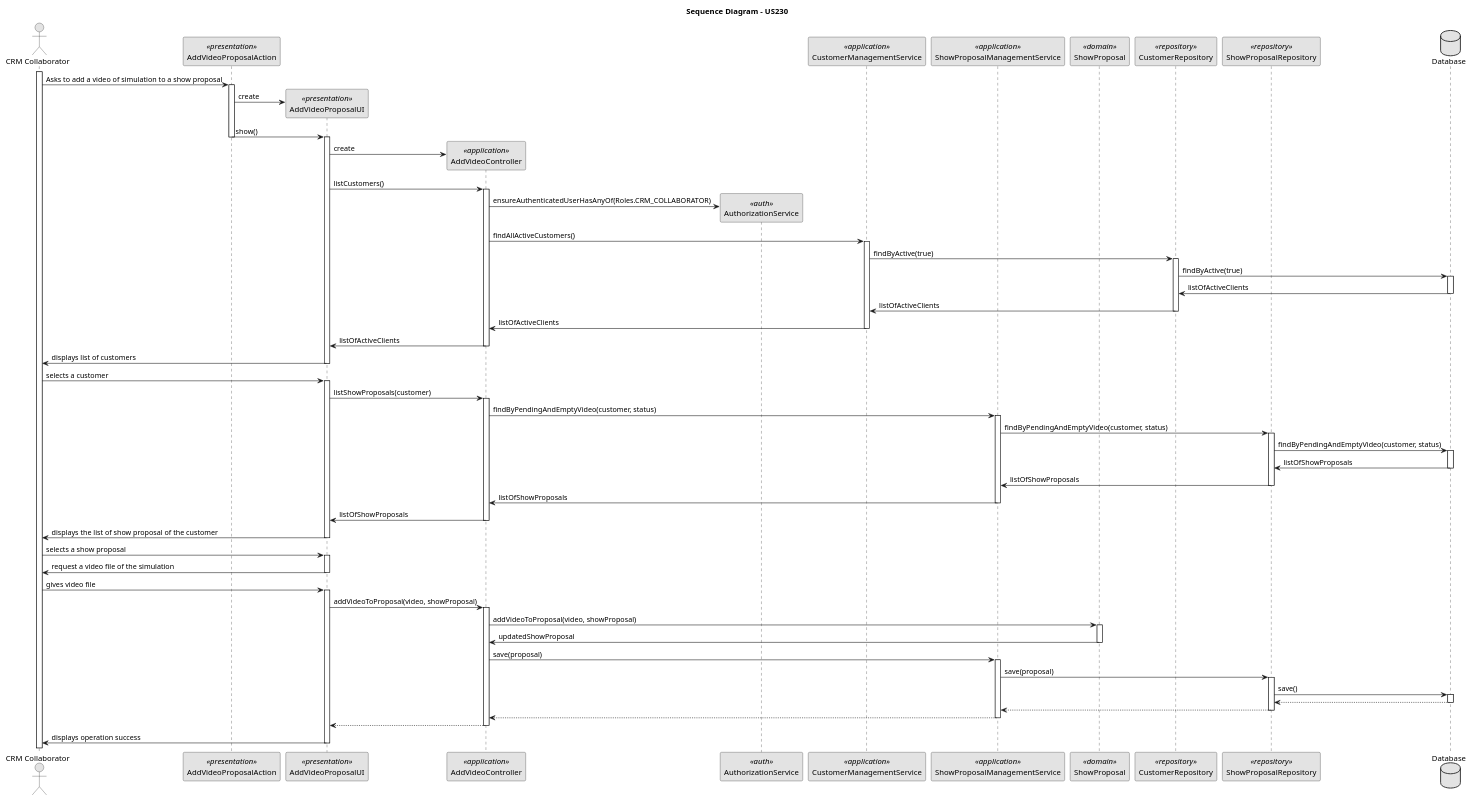
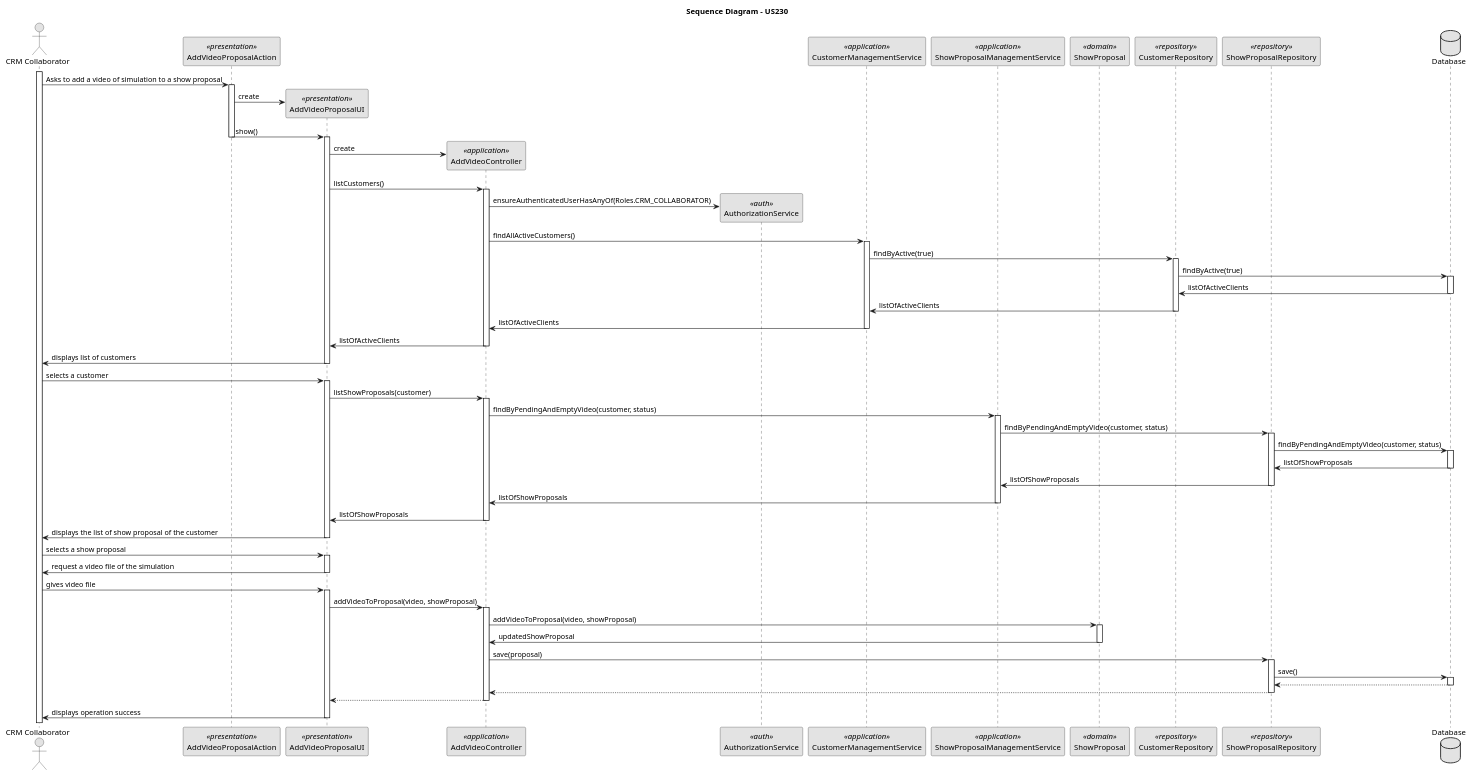
One commit to rubenFreitas1/ISEP-LAPR4-2024-2025 changed the diagram in docs/Sprint3/us_315/diagrams/sequence-diagram-US315.puml. Above: the diagram before and after it, drawn with PlantUML. The commit also changed 6 other files, not shown here.

```diff
--- a/docs/Sprint3/us_315/diagrams/sequence-diagram-US315.puml
+++ b/docs/Sprint3/us_315/diagrams/sequence-diagram-US315.puml
@@ -1,131 +1,125 @@
 @startuml
 skinparam monochrome true
 skinparam packageStyle rectangle
 skinparam shadowing false
 
 actor "CRM Collaborator" as crmCollaborator
 participant "AddVideoProposalAction" as ACTION <<presentation>>
 participant "AddVideoProposalUI" as UI <<presentation>>
 participant "AddVideoController" as CTRL <<application>>
 participant "AuthorizationService" as AuthorizationService <<auth>>
 participant "CustomerManagementService" as CustomerManagementService <<application>>
 participant "ShowProposalManagementService" as ShowProposalManagementService <<application>>
 participant "ShowProposal" as ShowProposal <<domain>>
 participant "CustomerRepository" as CustomerRepository <<repository>>
 participant "ShowProposalRepository" as ShowProposalRepository <<repository>>
 database "Database" as Database
 
 title Sequence Diagram - US230
 
 activate crmCollaborator
 
     crmCollaborator -> ACTION : Asks to add a video of simulation to a show proposal
     activate ACTION
 
         ACTION -> UI** : create
         ACTION -> UI : show()
         deactivate ACTION
 
         activate UI
 
         UI -> CTRL**: create
         UI -> CTRL : listCustomers()
         activate CTRL
 
             CTRL -> AuthorizationService** : ensureAuthenticatedUserHasAnyOf(Roles.CRM_COLLABORATOR)
             CTRL -> CustomerManagementService : findAllActiveCustomers()
             activate CustomerManagementService
 
                 CustomerManagementService -> CustomerRepository : findByActive(true)
                 activate CustomerRepository
 
                     CustomerRepository -> Database : findByActive(true)
                     activate Database
 
                         Database -> CustomerRepository : listOfActiveClients
                     deactivate Database
 
                     CustomerRepository -> CustomerManagementService : listOfActiveClients
                 deactivate CustomerRepository
 
                 CustomerManagementService -> CTRL : listOfActiveClients
             deactivate CustomerManagementService
 
             CTRL -> UI : listOfActiveClients
         deactivate CTRL
         UI -> crmCollaborator : displays list of customers
     deactivate UI
 
     crmCollaborator -> UI : selects a customer
     activate UI
 
         UI -> CTRL : listShowProposals(customer)
         activate CTRL
 
             CTRL -> ShowProposalManagementService : findByPendingAndEmptyVideo(customer, status)
             activate ShowProposalManagementService
 
                 ShowProposalManagementService -> ShowProposalRepository : findByPendingAndEmptyVideo(customer, status)
                 activate ShowProposalRepository
 
                     ShowProposalRepository -> Database : findByPendingAndEmptyVideo(customer, status)
                     activate Database
 
                         Database -> ShowProposalRepository : listOfShowProposals
                     deactivate Database
 
                     ShowProposalRepository -> ShowProposalManagementService : listOfShowProposals
                 deactivate ShowProposalRepository
 
                 ShowProposalManagementService -> CTRL : listOfShowProposals
             deactivate ShowProposalManagementService
 
             CTRL -> UI : listOfShowProposals
         deactivate CTRL
 
         UI -> crmCollaborator : displays the list of show proposal of the customer
     deactivate UI
 
     crmCollaborator -> UI : selects a show proposal
     activate UI
 
         UI -> crmCollaborator : request a video file of the simulation
     deactivate UI
 
     crmCollaborator -> UI : gives video file
     activate UI
 
         UI -> CTRL : addVideoToProposal(video, showProposal)
         activate CTRL
 
             CTRL -> ShowProposal : addVideoToProposal(video, showProposal)
             activate ShowProposal
 
                 ShowProposal -> CTRL : updatedShowProposal
             deactivate ShowProposal
 
-            CTRL -> ShowProposalManagementService : save(proposal)
-            activate ShowProposalManagementService
+            CTRL -> ShowProposalRepository : save(proposal)
+            activate ShowProposalRepository
 
-                ShowProposalManagementService -> ShowProposalRepository : save(proposal)
-                activate ShowProposalRepository
+                ShowProposalRepository -> Database : save()
+                activate Database
 
-                    ShowProposalRepository -> Database : save()
-                    activate Database
+                    Database --> ShowProposalRepository :
+                deactivate Database
 
-                        Database --> ShowProposalRepository :
-                    deactivate Database
-
-                    ShowProposalRepository --> ShowProposalManagementService :
-                deactivate ShowProposalRepository
-
-                ShowProposalManagementService --> CTRL :
-            deactivate ShowProposalManagementService
+                ShowProposalRepository --> CTRL :
+            deactivate ShowProposalRepository
 
             CTRL --> UI :
         deactivate CTRL
 
         UI -> crmCollaborator : displays operation success
     deactivate UI
 
 @enduml
```
